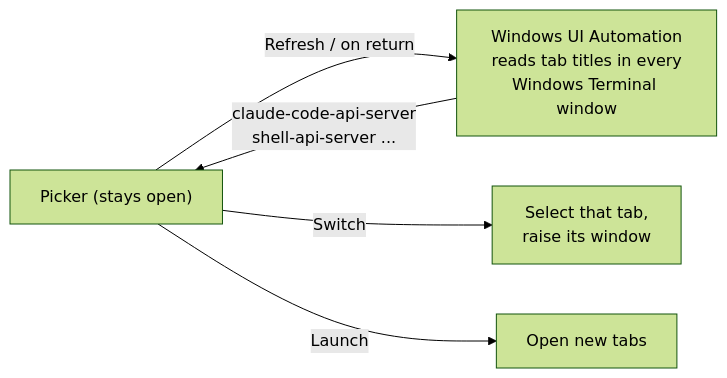
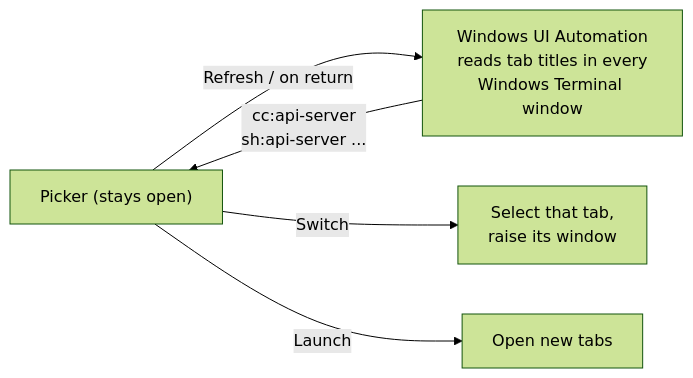
Before and after one commit to dstaulcu/workspace-orchestrator: the fifth of 7 diagrams in README.md, drawn with Mermaid (forest theme). The commit also changed other lines of this file and 14 other files, not shown here.

````diff
--- a/README.md
+++ b/README.md
@@ -135,7 +135,7 @@
 ```mermaid
 flowchart LR
     P["Picker (stays open)"] -- "Refresh / on return" --> UIA["Windows UI Automation<br/>reads tab titles in every<br/>Windows Terminal window"]
-    UIA -- "claude-code-api-server<br/>shell-api-server ..." --> P
+    UIA -- "cc:api-server<br/>sh:api-server ..." --> P
     P -- "Switch" --> F["Select that tab,<br/>raise its window"]
     P -- "Launch" --> N["Open new tabs"]
 ```
````
